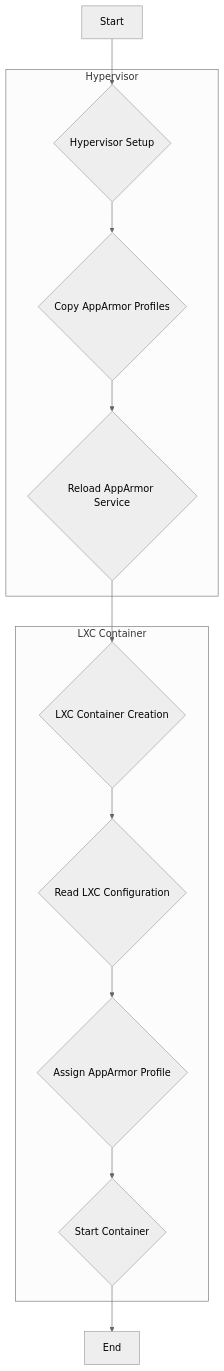
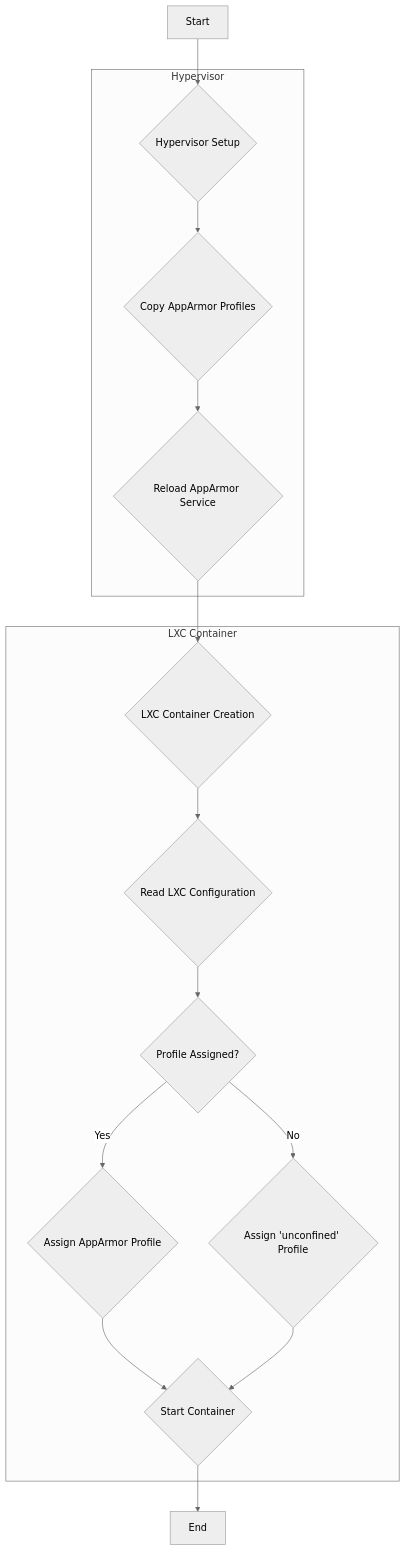
The diagram in Thinkheads.AI_docs/02_technical_strategy_and_architecture/13_apparmor_workflow_analysis.md (SirHeads/Testing-ideas), drawn with Mermaid (neutral theme) before and after one commit. The commit also changed other lines of this file and 19 other files, not shown here.

````diff
--- a/Thinkheads.AI_docs/02_technical_strategy_and_architecture/13_apparmor_workflow_analysis.md
+++ b/Thinkheads.AI_docs/02_technical_strategy_and_architecture/13_apparmor_workflow_analysis.md
@@ -27,19 +27,22 @@
 ```mermaid
 graph TD
     A[Start] --> B{Hypervisor Setup};
     B --> C{Copy AppArmor Profiles};
     C --> D{Reload AppArmor Service};
     D --> E{LXC Container Creation};
     E --> F{Read LXC Configuration};
-    F --> G{Assign AppArmor Profile};
-    G --> H{Start Container};
-    H --> I[End];
+    F --> G{Profile Assigned?};
+    G -- Yes --> H{Assign AppArmor Profile};
+    G -- No --> I{Assign 'unconfined' Profile};
+    H --> J{Start Container};
+    I --> J;
+    J --> K[End];
 
     subgraph Hypervisor
         B; C; D;
     end
 
-    subgraph LXC Container
-        E; F; G; H;
+    subgraph "LXC Container"
+        E; F; G; H; I; J;
     end
 ```
````
